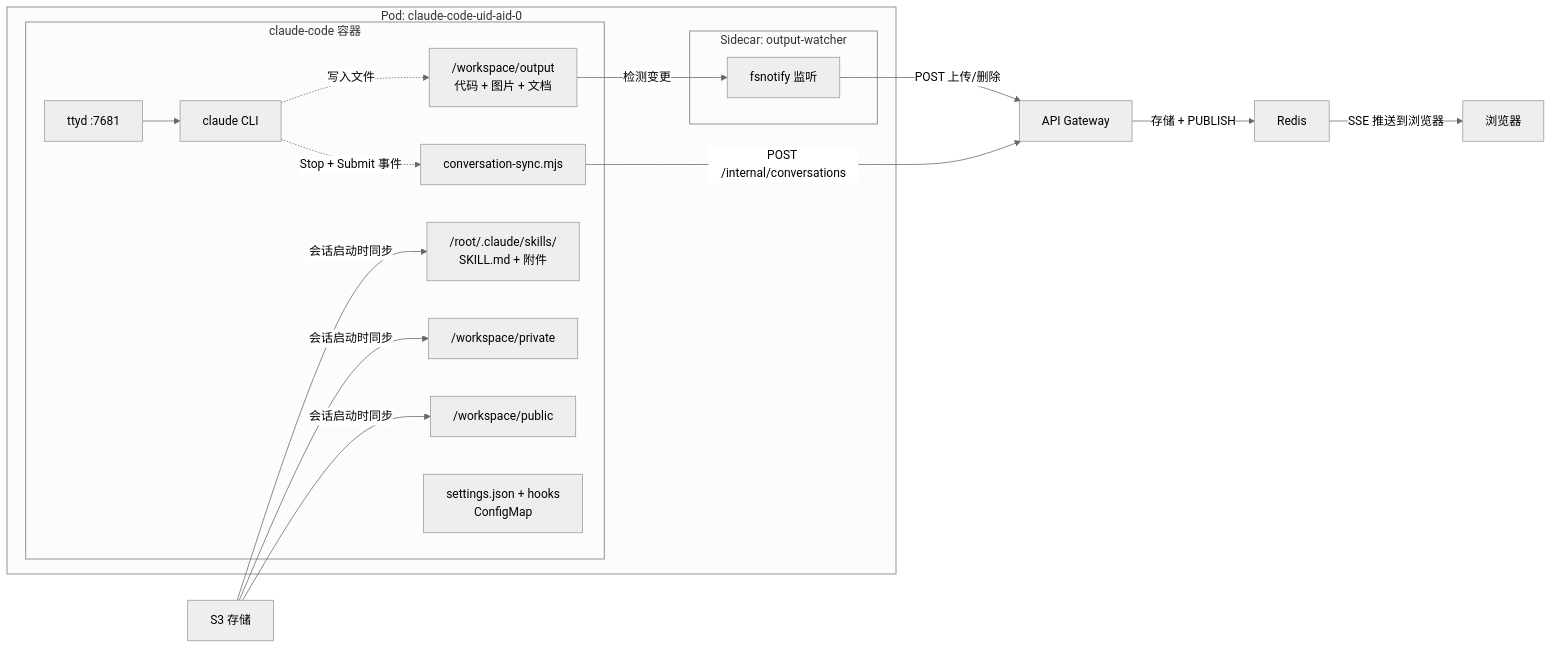
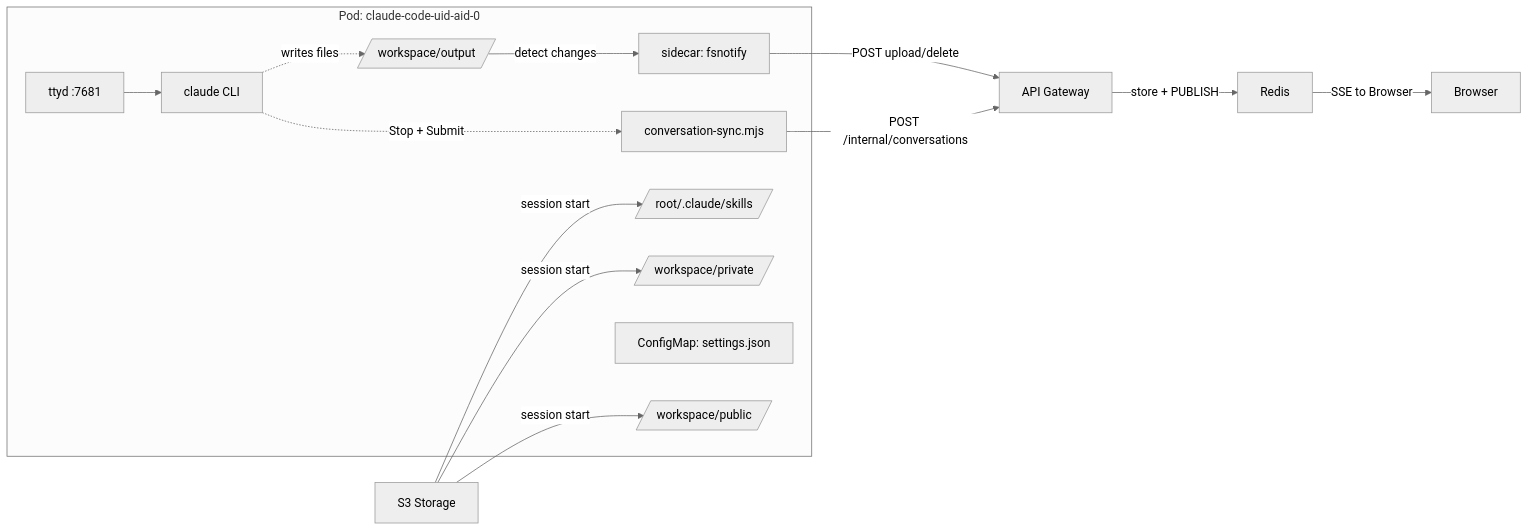
One commit to aireet/sac changed the second of 2 diagrams in docs/i18n/README.zh.md. Above: the diagram before and after it, drawn with Mermaid (neutral theme). The commit also changed other lines of this file and 1 other file, not shown here.

First line of the commit message:
fix(docs): simplify mermaid syntax for GitLab 9.1.3 compat

````diff
--- a/docs/i18n/README.zh.md
+++ b/docs/i18n/README.zh.md
@@ -81,28 +78,24 @@
 ```mermaid
 graph LR
-    subgraph Pod["Pod: claude-code-uid-aid-0"]
-        subgraph Main["claude-code 容器"]
-            ttyd["ttyd :7681"] --> claude["claude CLI"]
-            Hook["conversation-sync.mjs"]
-            Private["/workspace/private"]
-            Public["/workspace/public"]
-            Output["/workspace/output<br/>代码 + 图片 + 文档"]
-            Skills["/root/.claude/skills/<br/>SKILL.md + 附件"]
-            Settings["settings.json + hooks<br/>ConfigMap"]
-        end
-        subgraph Sidecar["Sidecar: output-watcher"]
-            Watcher["fsnotify 监听"]
-        end
+    subgraph AgentPod[Pod: claude-code-uid-aid-0]
+        ttyd[ttyd :7681] --> claude[claude CLI]
+        Hook[conversation-sync.mjs]
+        Private[/workspace/private/]
+        Public[/workspace/public/]
+        Output[/workspace/output/]
+        Skills[/root/.claude/skills/]
+        Settings[ConfigMap: settings.json]
+        Watcher[sidecar: fsnotify]
     end
 
-    claude -.->|"写入文件"| Output
-    claude -.->|"Stop + Submit 事件"| Hook
-    Hook -->|"POST /internal/conversations"| API["API Gateway"]
-    S3["S3 存储"] -->|"会话启动时同步"| Skills
-    S3 -->|"会话启动时同步"| Private
-    S3 -->|"会话启动时同步"| Public
-    Output -->|"检测变更"| Watcher
-    Watcher -->|"POST 上传/删除"| API
-    API -->|"存储 + PUBLISH"| Redis["Redis"]
-    Redis -->|"SSE 推送到浏览器"| Browser["浏览器"]
+    claude -.->|writes files| Output
+    claude -.->|Stop + Submit| Hook
+    Hook -->|POST /internal/conversations| API[API Gateway]
+    S3[S3 Storage] -->|session start| Skills
+    S3 -->|session start| Private
+    S3 -->|session start| Public
+    Output -->|detect changes| Watcher
+    Watcher -->|POST upload/delete| API
+    API -->|store + PUBLISH| Redis[Redis]
+    Redis -->|SSE to Browser| Browser[Browser]
 ```
````
